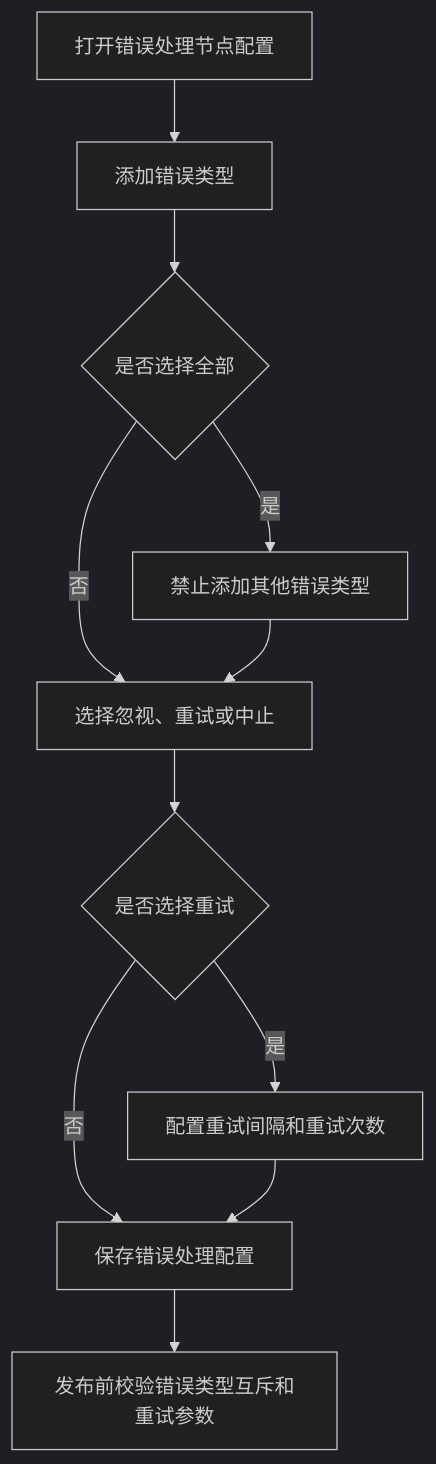
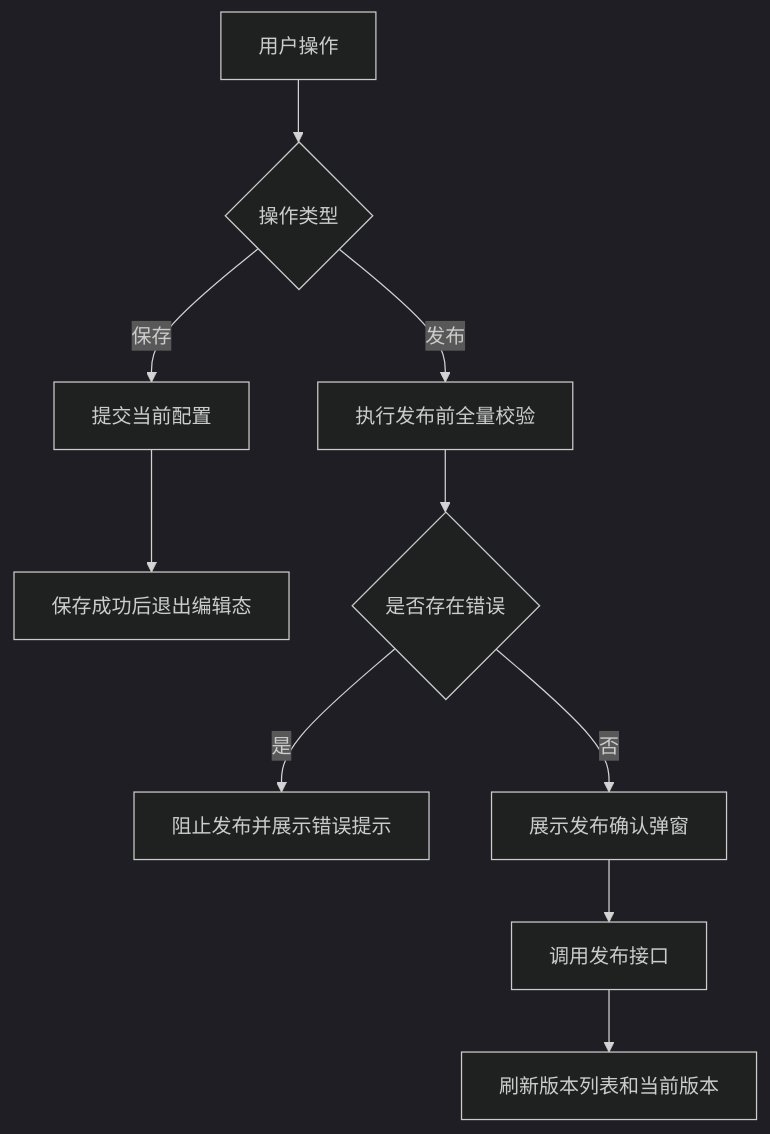
Before and after one commit to THZSummer/open-app: the fifth of 11 diagrams in front/doc/2026年6月文档/连接流配置需求设计说明书.md, drawn with Mermaid (dark theme). The commit also changed other lines of this file, not shown here.

````diff
--- a/front/doc/2026年6月文档/连接流配置需求设计说明书.md
+++ b/front/doc/2026年6月文档/连接流配置需求设计说明书.md
@@ -360,13 +335,12 @@
 ```mermaid
 flowchart TD
-  OpenError[打开错误处理节点配置] --> AddErrorType[添加错误类型]
-  AddErrorType --> CheckMutex{是否选择全部}
-  CheckMutex -->|是| DisableOther[禁止添加其他错误类型]
-  CheckMutex -->|否| SelectStrategy[选择忽视、重试或中止]
-  DisableOther --> SelectStrategy
-  SelectStrategy --> RetryConfig{是否选择重试}
-  RetryConfig -->|是| EditRetry[配置重试间隔和重试次数]
-  RetryConfig -->|否| SaveError[保存错误处理配置]
-  EditRetry --> SaveError
-  SaveError --> PublishValidate[发布前校验错误类型互斥和重试参数]
+  Action[用户操作] --> Type{操作类型}
+  Type -->|保存| SaveDraft[提交当前配置]
+  SaveDraft --> ExitEdit[保存成功后退出编辑态]
+  Type -->|发布| ValidateAll[执行发布前全量校验]
+  ValidateAll --> HasError{是否存在错误}
+  HasError -->|是| ShowError[阻止发布并展示错误提示]
+  HasError -->|否| ConfirmPublish[展示发布确认弹窗]
+  ConfirmPublish --> Publish[调用发布接口]
+  Publish --> RefreshVersion[刷新版本列表和当前版本]
 ```
````
